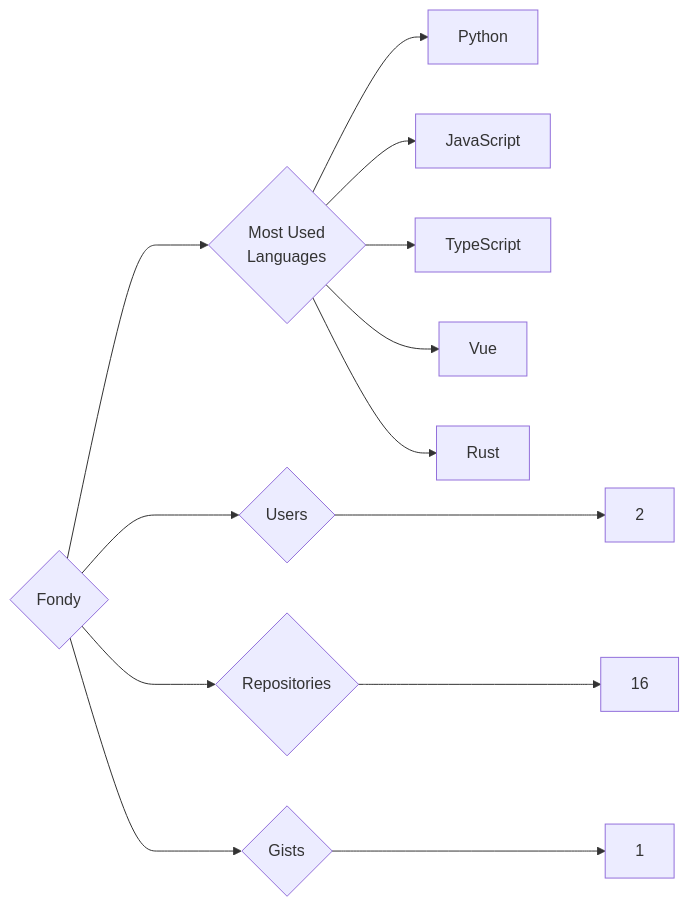
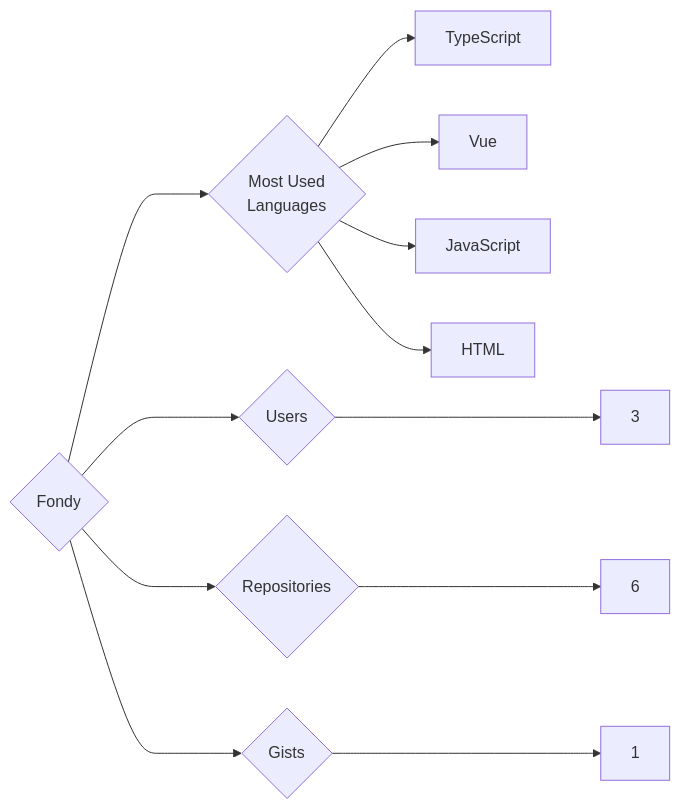
Before and after one commit to trickest/insiders: the diagram in targets/Fondy/README.md, drawn with Mermaid. The commit also changed 783 other files, not shown here.

````diff
--- a/targets/Fondy/README.md
+++ b/targets/Fondy/README.md
@@ -3,13 +3,12 @@
 ```mermaid
 graph LR
 COMPANY_NAME{Fondy}
-COMPANY_NAME ---> U{Users} ---> UN[2]
-COMPANY_NAME ---> R{Repositories} ---> RN[16]
+COMPANY_NAME ---> U{Users} ---> UN[3]
+COMPANY_NAME ---> R{Repositories} ---> RN[6]
 COMPANY_NAME ---> G{Gists} ---> GN[1]
 COMPANY_NAME ---> ML{Most Used<br>Languages}
-ML --> Python[Python]
-ML --> JavaScript[JavaScript]
 ML --> TypeScript[TypeScript]
 ML --> Vue[Vue]
-ML --> Rust[Rust]
+ML --> JavaScript[JavaScript]
+ML --> HTML[HTML]
 ```
````
